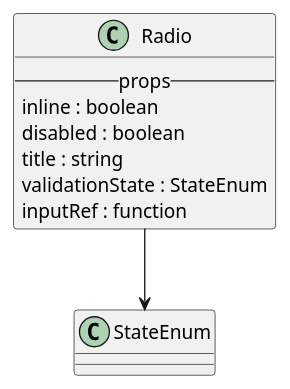
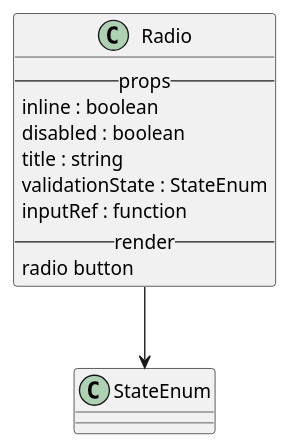
The diagram in react/bootstrap/radio.iuml (M9k/Marvin-Uml), drawn with PlantUML before and after one commit. The commit also changed 10 other files, not shown here.

```diff
--- a/react/bootstrap/radio.iuml
+++ b/react/bootstrap/radio.iuml
@@ -1,10 +1,12 @@
 class Radio{
   --props--
        inline : boolean
        disabled : boolean
        title : string
        validationState : StateEnum
        inputRef : function
+  --render--
+        radio button
 }
 Radio --> StateEnum
 /'Radio button'/
```
